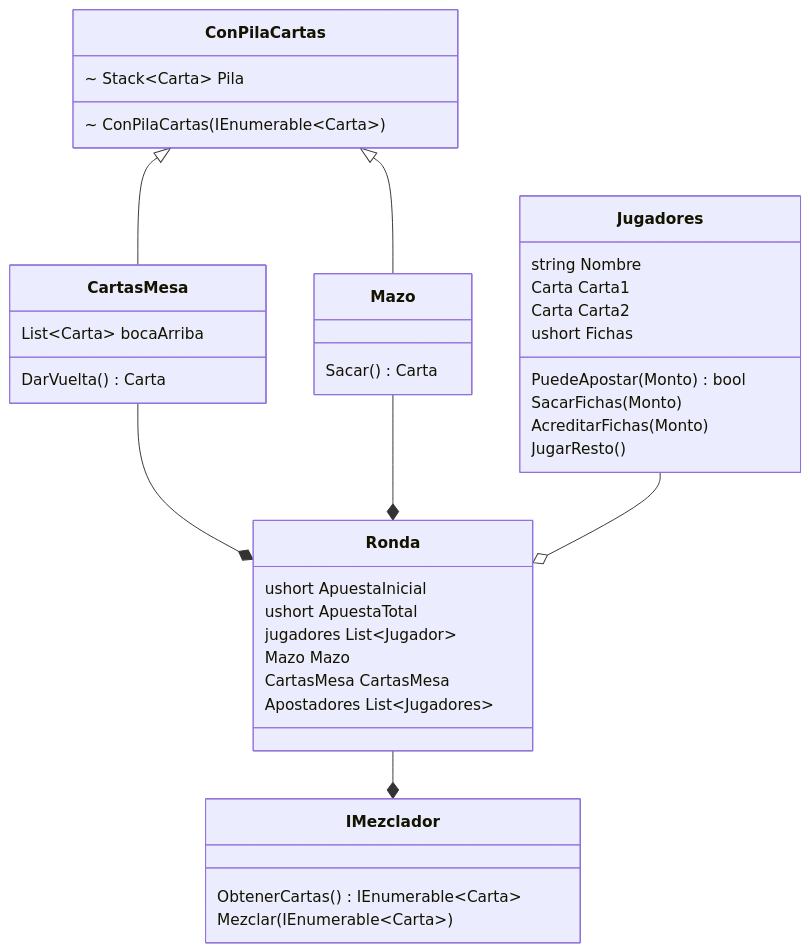
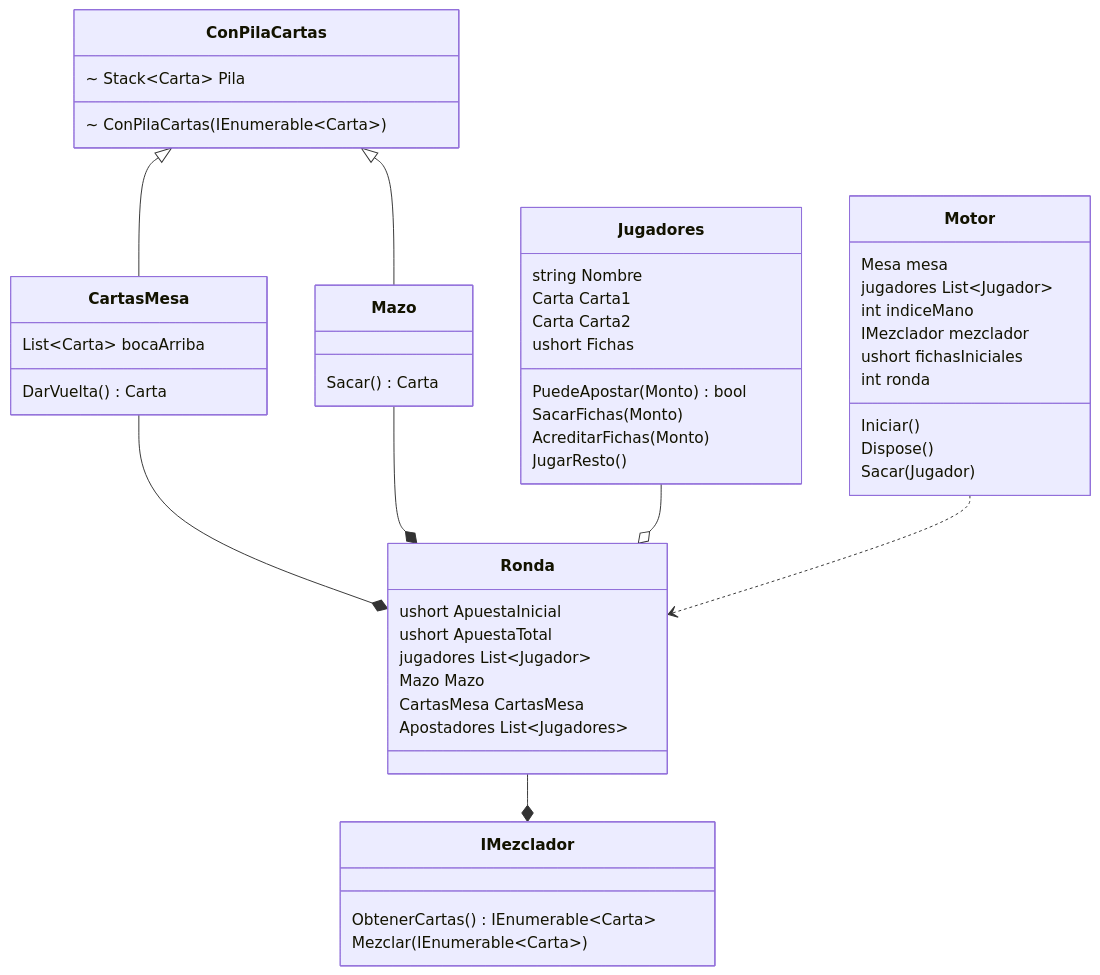
Before and after one commit to luchoxx87/Poker12: the diagram in README.md, drawn with Mermaid. The commit also changed other lines of this file, not shown here.

Commit message:
Agregado de Tabla
Se agregó Motor y sus atributos. Motor depende de Ronda.

````diff
--- a/README.md
+++ b/README.md
@@ -2,52 +2,64 @@
 ```mermaid
 classDiagram
 
     ConPilaCartas <|-- CartasMesa
     ConPilaCartas <|-- Mazo
     CartasMesa --* Ronda
     Mazo --* Ronda
     Ronda --* IMezclador
     Jugadores --o Ronda
+    Motor ..> Ronda
 
 
     class Jugadores{
         string Nombre
         Carta Carta1
         Carta Carta2
         ushort Fichas
         PuedeApostar(Monto) bool
         SacarFichas(Monto)
         AcreditarFichas(Monto)
         JugarResto()
     }
 
     class IMezclador{
         ObtenerCartas() IEnumerable~Carta~
         Mezclar (IEnumerable~Carta~)
     }
 
     class Mazo{
         Sacar() Carta
     }
 
     class CartasMesa{
         List~Carta~ bocaArriba
         DarVuelta() Carta
     }
 
     class Ronda{
         ushort ApuestaInicial
         ushort ApuestaTotal
         jugadores List~Jugador~
         Mazo Mazo
         CartasMesa CartasMesa
         Apostadores List~Jugadores~
     }
 
     class ConPilaCartas{
         ~ Stack~Carta~ Pila
         ~ ConPilaCartas(IEnumerable~Carta~)
     }
 
+    class Motor{
+        Mesa mesa
+        jugadores List~Jugador~
+        int indiceMano 
+        IMezclador mezclador 
+        ushort fichasIniciales
+        int ronda
+        Iniciar()
+        Dispose()
+        Sacar(Jugador)
+    }
 
 ```
````
